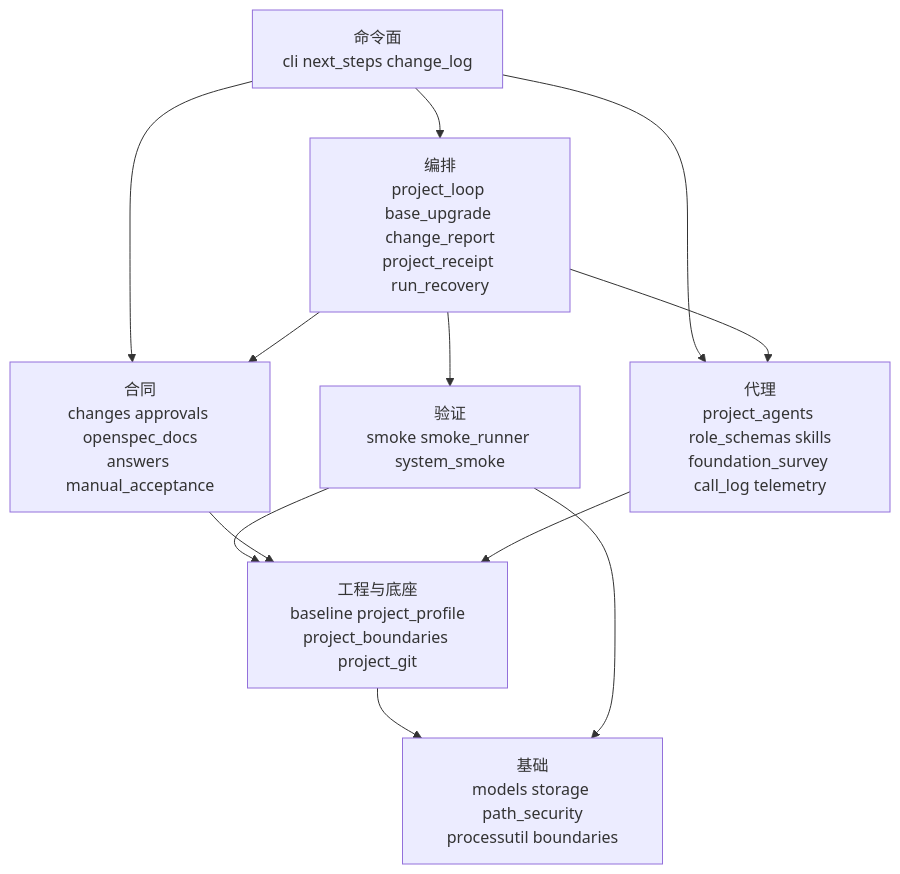
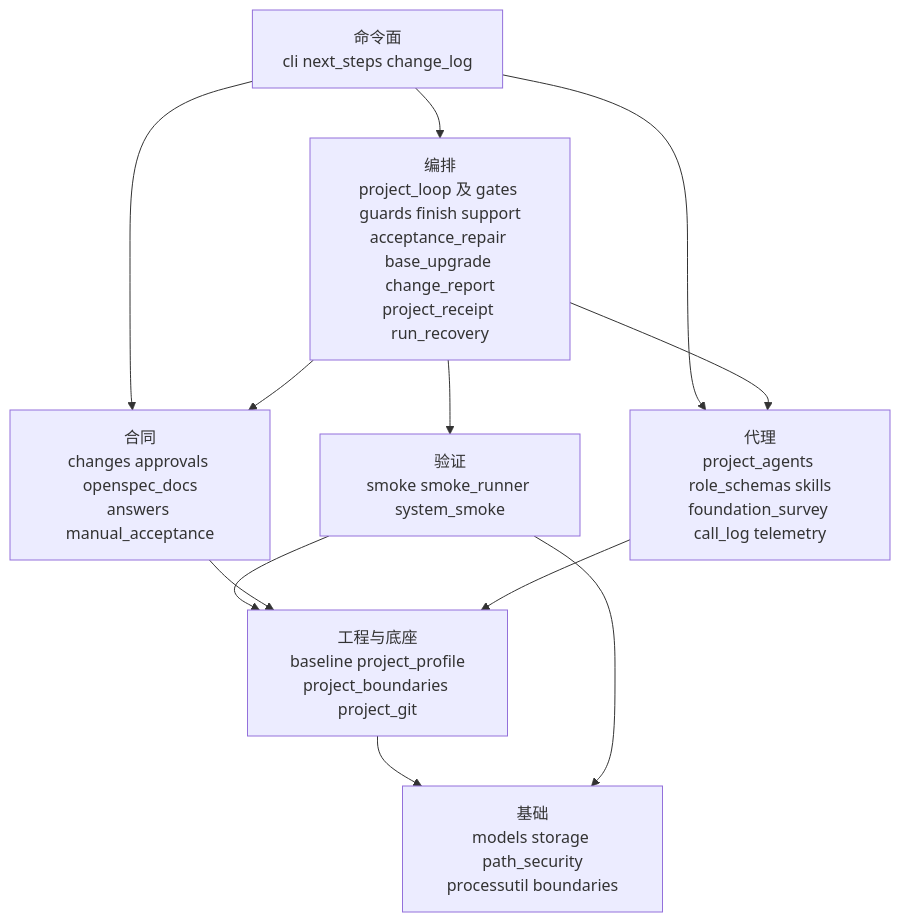
Before and after one commit to jinlin725168-ai/storyloop: the diagram in docs/modules.md, drawn with Mermaid. The commit also changed other lines of this file and 14 other files, not shown here.

````diff
--- a/docs/modules.md
+++ b/docs/modules.md
@@ -52,14 +56,14 @@
 ```mermaid
 flowchart TD
-    CLI[命令面<br/>cli next_steps change_log] --> ORCH[编排<br/>project_loop base_upgrade change_report<br/>project_receipt run_recovery]
+    CLI[命令面<br/>cli next_steps change_log] --> ORCH[编排<br/>project_loop 及 gates guards finish support<br/>acceptance_repair base_upgrade change_report<br/>project_receipt run_recovery]
     CLI --> AGT
     CLI --> CON
     ORCH --> AGT[代理<br/>project_agents role_schemas skills<br/>foundation_survey call_log telemetry]
     ORCH --> VER[验证<br/>smoke smoke_runner system_smoke]
     ORCH --> CON[合同<br/>changes approvals openspec_docs<br/>answers manual_acceptance]
     VER --> BASE[工程与底座<br/>baseline project_profile<br/>project_boundaries project_git]
     CON --> BASE
     AGT --> BASE
     BASE --> FND[基础<br/>models storage path_security<br/>processutil boundaries]
     VER --> FND
 ```
````
